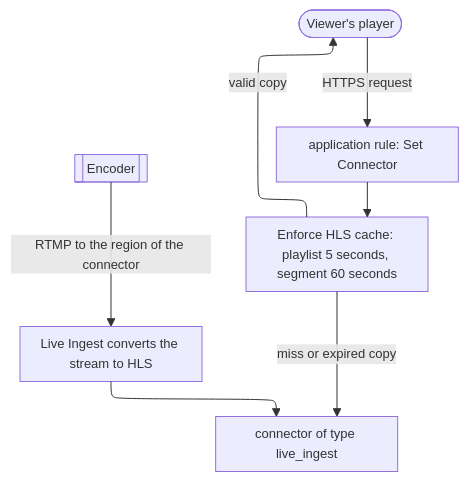
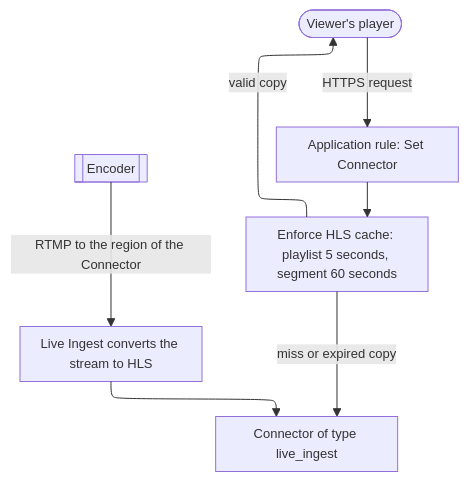
The diagram in apps/docs/src/content/docs/en/pages/guides/streaming/deliver-a-live-stream-from-live-ingest.mdx (aziontech/docs), drawn with Mermaid before and after one commit. The commit also changed other lines of this file and 83 other files, not shown here.

````diff
--- a/apps/docs/src/content/docs/en/pages/guides/streaming/deliver-a-live-stream-from-live-ingest.mdx
+++ b/apps/docs/src/content/docs/en/pages/guides/streaming/deliver-a-live-stream-from-live-ingest.mdx
@@ -21,10 +21,10 @@
 ```mermaid
 %%{init: {"layout": "elk", "elk": {"cycleBreakingStrategy": "MODEL_ORDER"}, "themeVariables": {"fontSize": "13px"}, "flowchart": {"nodeSpacing": 24, "rankSpacing": 36, "padding": 8, "wrappingWidth": 150, "useMaxWidth": true}, "sequence": {"width": 120, "actorMargin": 30, "useMaxWidth": true}}}%%
 flowchart TD
-  Encoder[["Encoder"]] -->|"RTMP to the region of the connector"| LI["Live Ingest converts the stream to HLS"]
-  LI --> Connector["connector of type live_ingest"]
-  Player(["Viewer's player"]) -->|"HTTPS request"| Rule["application rule: Set Connector"]
+  Encoder[["Encoder"]] -->|"RTMP to the region of the Connector"| LI["Live Ingest converts the stream to HLS"]
+  LI --> Connector["Connector of type live_ingest"]
+  Player(["Viewer's player"]) -->|"HTTPS request"| Rule["Application rule: Set Connector"]
   Rule --> Cache["Enforce HLS cache: playlist 5 seconds, segment 60 seconds"]
   Cache -->|"miss or expired copy"| Connector
   Cache -->|"valid copy"| Player
 ```
````
